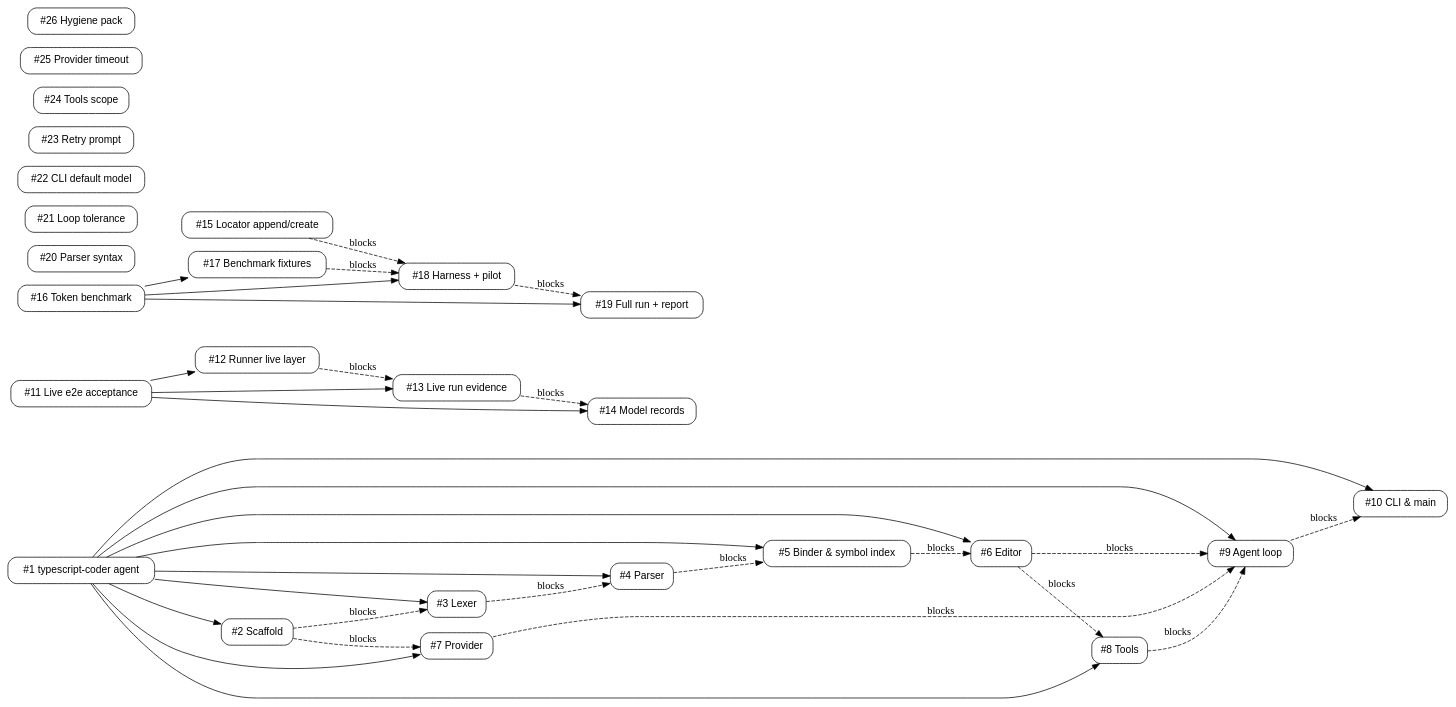
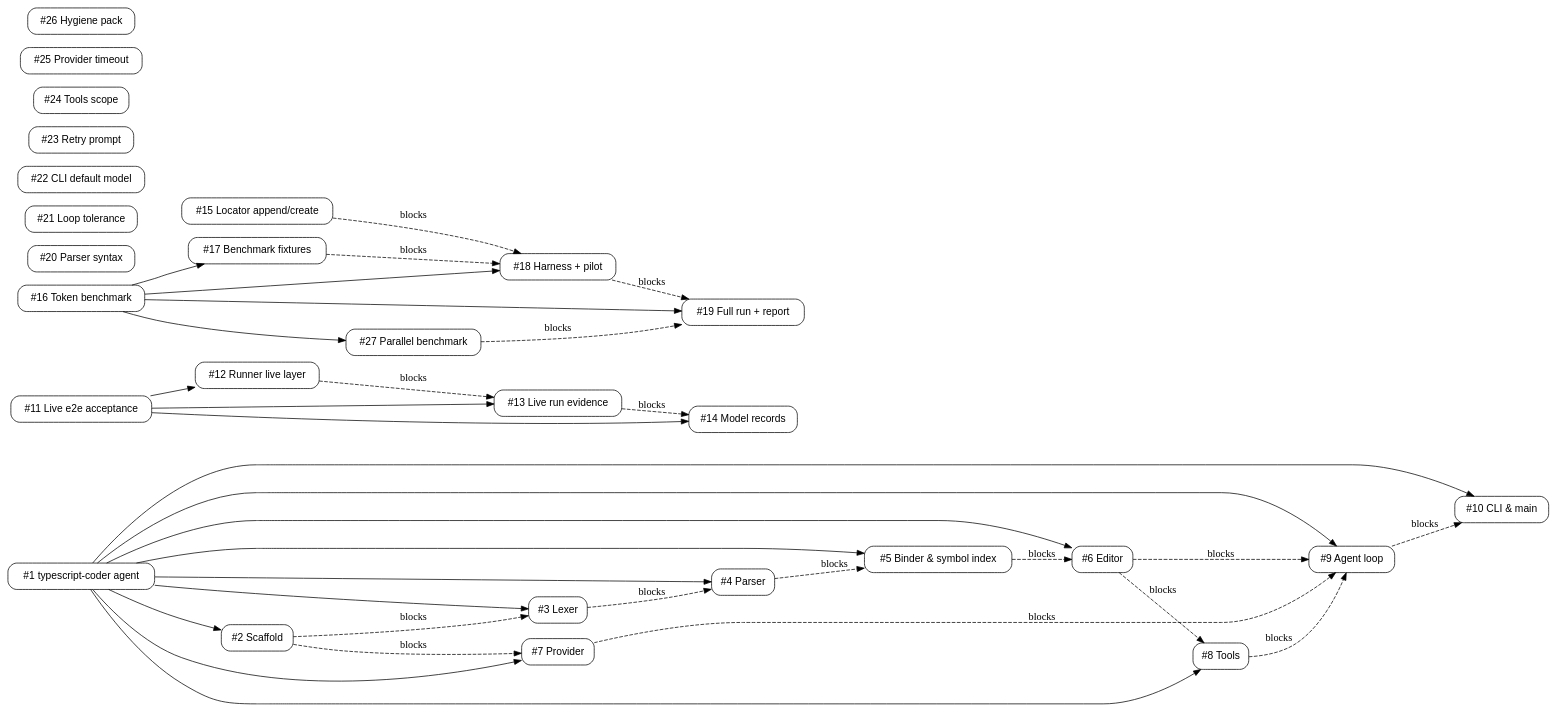
The diagram in issues/readme.md (illusory0x0/typescript-coder), drawn with Graphviz before and after one commit. The commit also changed 5 other files, not shown here.

````diff
--- a/issues/readme.md
+++ b/issues/readme.md
@@ -6,67 +6,71 @@
 ```dot
 digraph issues {
   rankdir=LR;
   node [shape=box, style=rounded, fontname="Helvetica"];
 
   "1"  [label="#1 typescript-coder agent"];
   "2"  [label="#2 Scaffold"];
   "3"  [label="#3 Lexer"];
   "4"  [label="#4 Parser"];
   "5"  [label="#5 Binder & symbol index"];
   "6"  [label="#6 Editor"];
   "7"  [label="#7 Provider"];
   "8"  [label="#8 Tools"];
   "9"  [label="#9 Agent loop"];
   "10" [label="#10 CLI & main"];
   "11" [label="#11 Live e2e acceptance"];
   "12" [label="#12 Runner live layer"];
   "13" [label="#13 Live run evidence"];
   "14" [label="#14 Model records"];
   "15" [label="#15 Locator append/create"];
   "16" [label="#16 Token benchmark"];
   "17" [label="#17 Benchmark fixtures"];
   "18" [label="#18 Harness + pilot"];
   "19" [label="#19 Full run + report"];
   "20" [label="#20 Parser syntax"];
   "21" [label="#21 Loop tolerance"];
   "22" [label="#22 CLI default model"];
   "23" [label="#23 Retry prompt"];
   "24" [label="#24 Tools scope"];
   "25" [label="#25 Provider timeout"];
   "26" [label="#26 Hygiene pack"];
 
+  "27" [label="#27 Parallel benchmark"];
+
   // tree edges (parent -> child), solid
   "1" -> "2";
   "1" -> "3";
   "1" -> "4";
   "1" -> "5";
   "1" -> "6";
   "1" -> "7";
   "1" -> "8";
   "1" -> "9";
   "1" -> "10";
   "11" -> "12";
   "11" -> "13";
   "11" -> "14";
   "16" -> "17";
   "16" -> "18";
   "16" -> "19";
+  "16" -> "27";
 
   // dependency edges (blocker -> blocked), dashed
   "2" -> "3" [style=dashed, label="blocks"];
   "3" -> "4" [style=dashed, label="blocks"];
   "4" -> "5" [style=dashed, label="blocks"];
   "5" -> "6" [style=dashed, label="blocks"];
   "2" -> "7" [style=dashed, label="blocks"];
   "6" -> "8" [style=dashed, label="blocks"];
   "6" -> "9" [style=dashed, label="blocks"];
   "7" -> "9" [style=dashed, label="blocks"];
   "8" -> "9" [style=dashed, label="blocks"];
   "9" -> "10" [style=dashed, label="blocks"];
   "12" -> "13" [style=dashed, label="blocks"];
   "13" -> "14" [style=dashed, label="blocks"];
   "15" -> "18" [style=dashed, label="blocks"];
   "17" -> "18" [style=dashed, label="blocks"];
   "18" -> "19" [style=dashed, label="blocks"];
+  "27" -> "19" [style=dashed, label="blocks"];
 }
 ```
````
